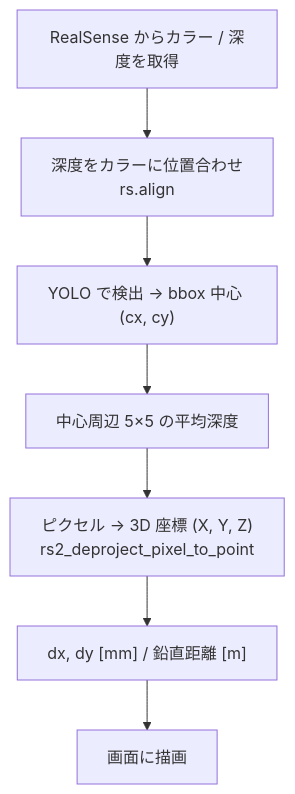
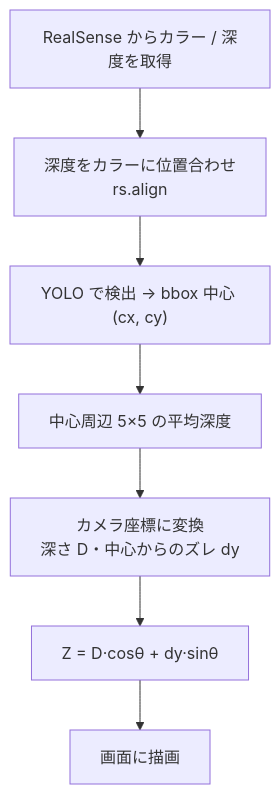
The second of 2 diagrams in README.md (Tkaki-W/tumor_detector), drawn with Mermaid before and after one commit. The commit also changed other lines of this file, not shown here.

````diff
--- a/README.md
+++ b/README.md
@@ -28,9 +28,9 @@
 ```mermaid
 flowchart TD
     A["RealSense からカラー / 深度を取得"] --> B["深度をカラーに位置合わせ<br>rs.align"]
     B --> C["YOLO で検出 → bbox 中心 (cx, cy)"]
     C --> D["中心周辺 5×5 の平均深度"]
-    D --> E["ピクセル → 3D 座標 (X, Y, Z)<br>rs2_deproject_pixel_to_point"]
-    E --> F["dx, dy [mm] / 鉛直距離 [m]"]
+    D --> E["カメラ座標に変換<br>深さ D・中心からのズレ dy"]
+    E --> F["Z = D·cosθ + dy·sinθ"]
     F --> G["画面に描画"]
 ```
````
